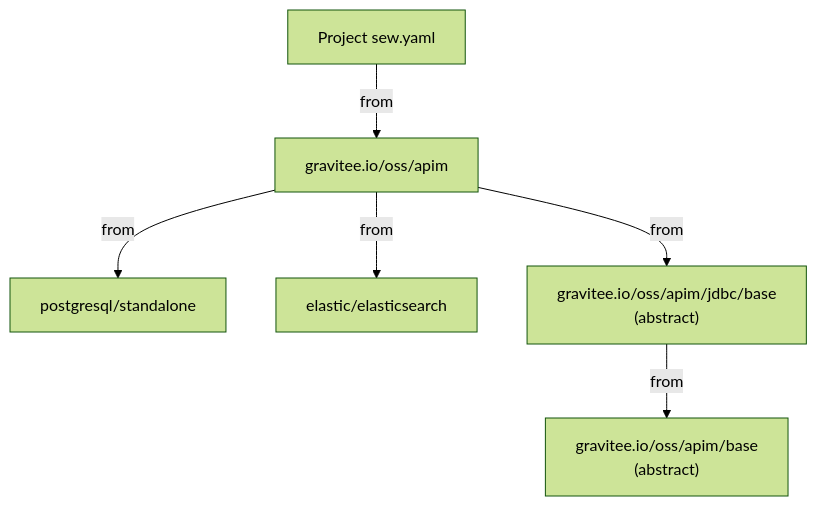
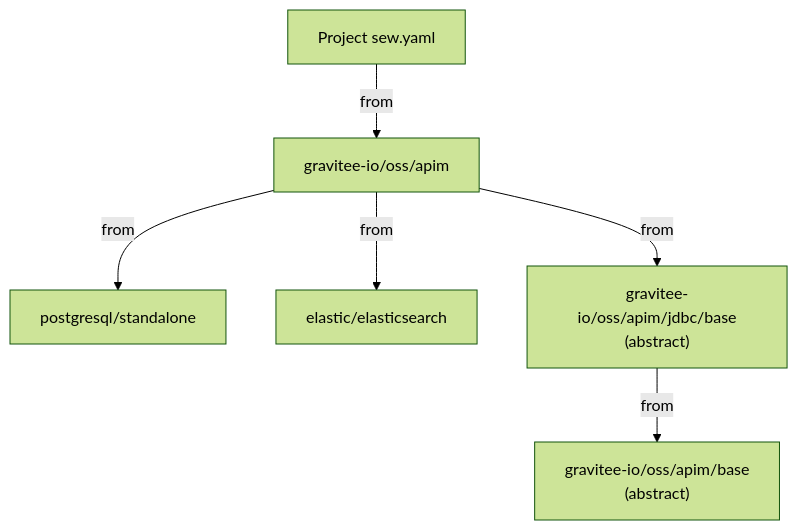
Before and after one commit to a-cordier/sew: the third of 3 diagrams in site/content/docs/reference/architecture.md, drawn with Mermaid (forest theme). The commit also changed other lines of this file and 130 other files, not shown here.

````diff
--- a/site/content/docs/reference/architecture.md
+++ b/site/content/docs/reference/architecture.md
@@ -71,8 +71,8 @@
 ```mermaid
 flowchart TD
-    A["Project sew.yaml"] -- from --> B["gravitee.io/oss/apim"]
+    A["Project sew.yaml"] -- from --> B["gravitee-io/oss/apim"]
     B -- from --> C["postgresql/standalone"]
     B -- from --> D["elastic/elasticsearch"]
-    B -- from --> E["gravitee.io/oss/apim/jdbc/base\n(abstract)"]
-    E -- from --> F["gravitee.io/oss/apim/base\n(abstract)"]
+    B -- from --> E["gravitee-io/oss/apim/jdbc/base\n(abstract)"]
+    E -- from --> F["gravitee-io/oss/apim/base\n(abstract)"]
 ```
````
